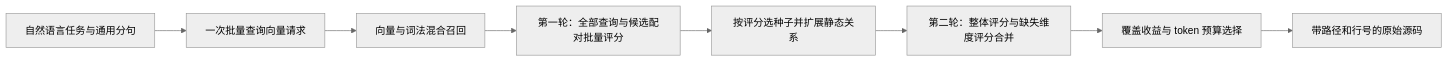
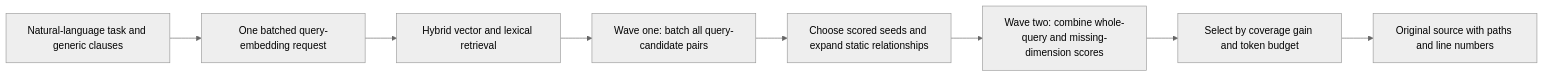
The diagram in docs/eval/OPENCONTEXTENGINE_SPEED.md (AnnaSuSu/OpenContextEngine), drawn with Mermaid (neutral theme) before and after one commit. The commit also changed other lines of this file and 14 other files, not shown here.

````diff
--- a/docs/eval/OPENCONTEXTENGINE_SPEED.md
+++ b/docs/eval/OPENCONTEXTENGINE_SPEED.md
@@ -39,10 +39,10 @@
 ```mermaid
 flowchart LR
-  Q[自然语言任务与通用分句] --> E[一次批量查询向量请求]
-  E --> R[向量与词法混合召回]
-  R --> W1[第一轮：全部查询与候选配对批量评分]
-  W1 --> G[按评分选种子并扩展静态关系]
-  G --> W2[第二轮：整体评分与缺失维度评分合并]
-  W2 --> P[覆盖收益与 token 预算选择]
-  P --> O[带路径和行号的原始源码]
+  Q[Natural-language task and generic clauses] --> E[One batched query-embedding request]
+  E --> R[Hybrid vector and lexical retrieval]
+  R --> W1[Wave one: batch all query-candidate pairs]
+  W1 --> G[Choose scored seeds and expand static relationships]
+  G --> W2[Wave two: combine whole-query and missing-dimension scores]
+  W2 --> P[Select by coverage gain and token budget]
+  P --> O[Original source with paths and line numbers]
 ```
````
